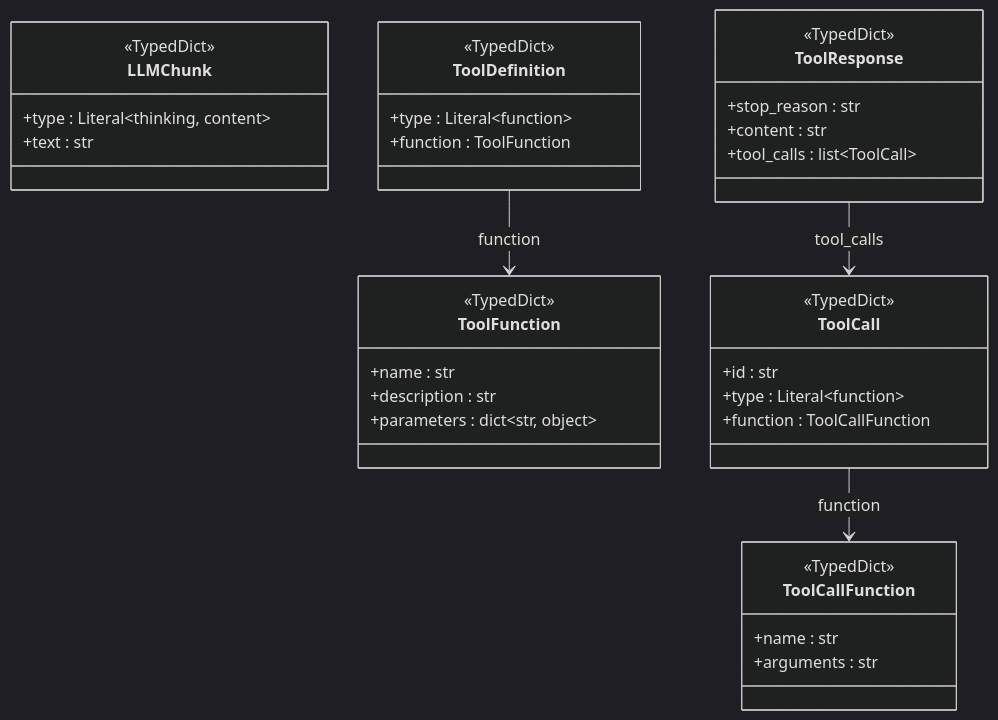
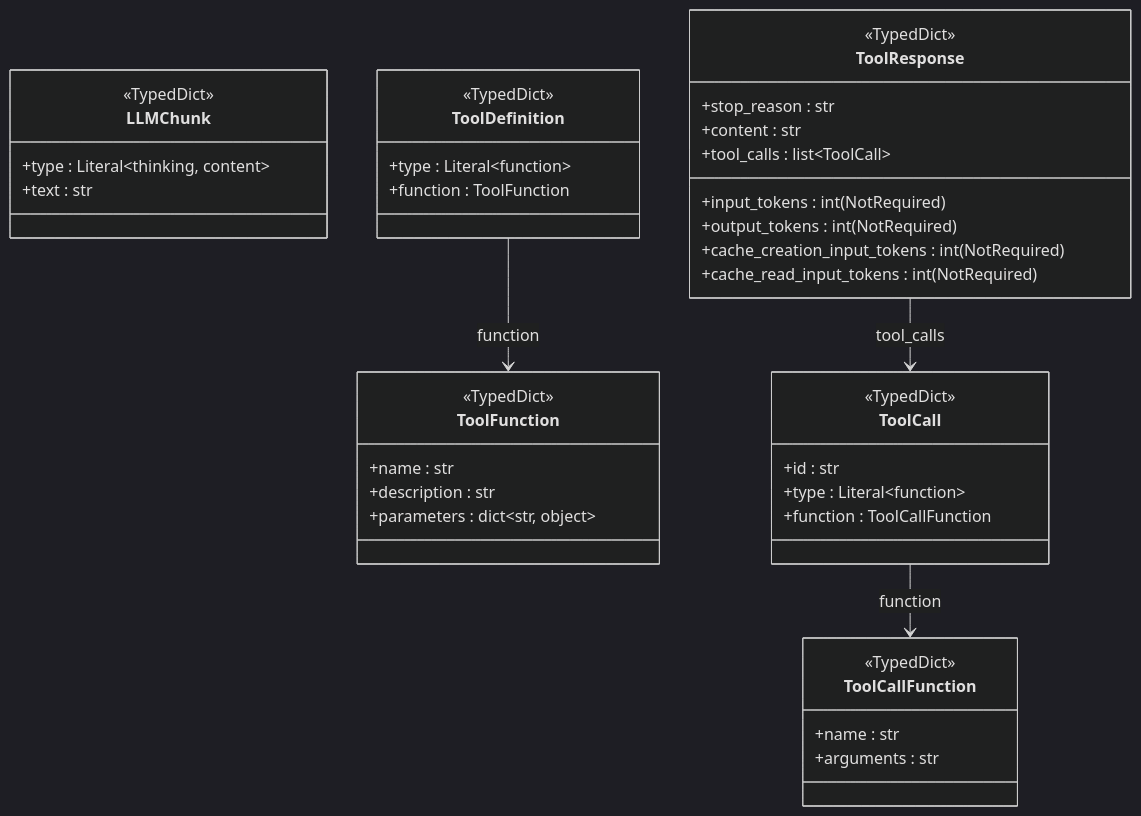
Before and after one commit to cgcardona/agentception: the fourth of 9 diagrams in docs/reference/type-contracts.md, drawn with Mermaid (dark theme). The commit also changed other lines of this file and 1 other file, not shown here.

````diff
--- a/docs/reference/type-contracts.md
+++ b/docs/reference/type-contracts.md
@@ -1334,40 +1869,44 @@
 ```mermaid
 classDiagram
     class LLMChunk {
         <<TypedDict>>
         +type : Literal~thinking, content~
         +text : str
     }
     class ToolFunction {
         <<TypedDict>>
         +name : str
         +description : str
         +parameters : dict~str, object~
     }
     class ToolDefinition {
         <<TypedDict>>
         +type : Literal~function~
         +function : ToolFunction
     }
     class ToolCallFunction {
         <<TypedDict>>
         +name : str
         +arguments : str
     }
     class ToolCall {
         <<TypedDict>>
         +id : str
         +type : Literal~function~
         +function : ToolCallFunction
     }
     class ToolResponse {
         <<TypedDict>>
         +stop_reason : str
         +content : str
         +tool_calls : list~ToolCall~
+        +input_tokens : int (NotRequired)
+        +output_tokens : int (NotRequired)
+        +cache_creation_input_tokens : int (NotRequired)
+        +cache_read_input_tokens : int (NotRequired)
     }
 
     ToolDefinition --> ToolFunction : function
     ToolCall --> ToolCallFunction : function
     ToolResponse --> ToolCall : tool_calls
 ```
````
